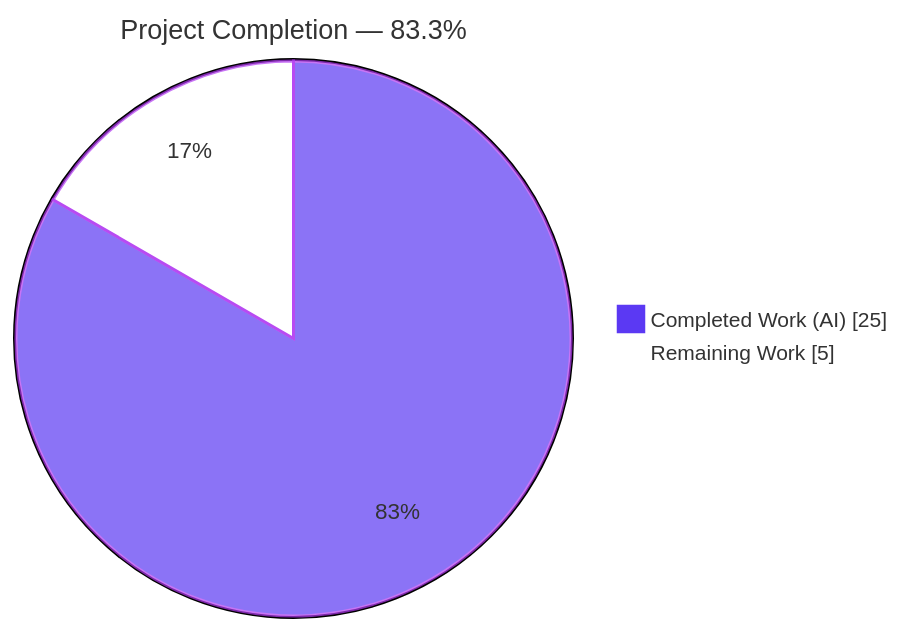
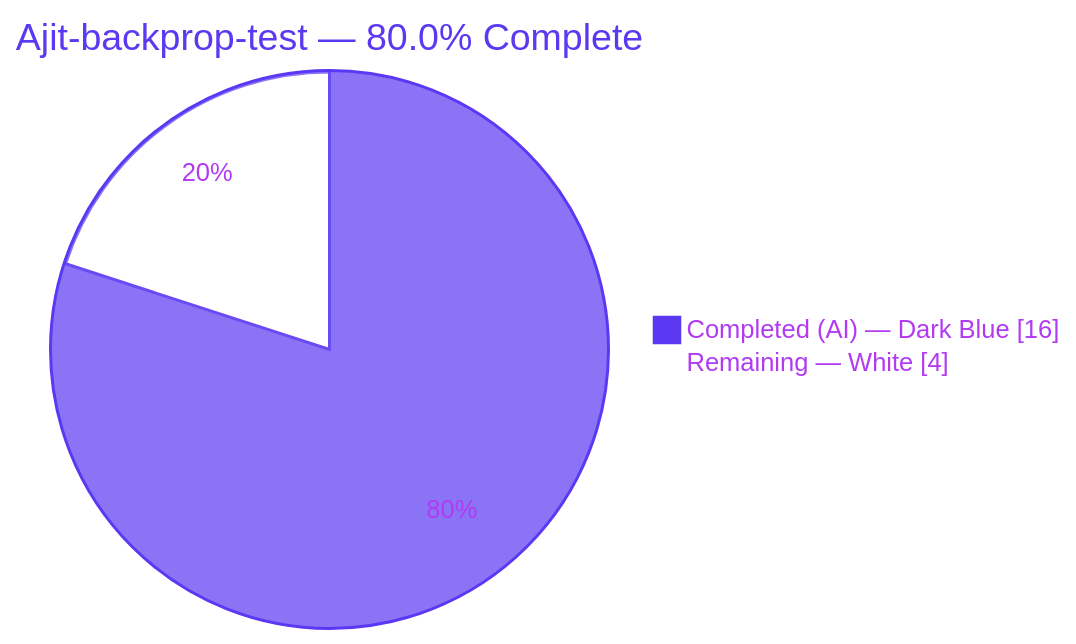
Before and after one commit to ajitblitzy/Society_mngt_300K_Nested: the first of 3 diagrams in blitzy/documentation/Project Guide.md, drawn with Mermaid. The commit also changed other lines of this file, not shown here.

Commit message:
Adding Blitzy Project Guide: Project Status and Human Tasks Remaining

````diff
--- a/blitzy/documentation/Project Guide.md
+++ b/blitzy/documentation/Project Guide.md
@@ -17,7 +15,6 @@
 ```mermaid
-%%{init: {'theme':'base', 'themeVariables': {'pie1':'#5B39F3','pie2':'#FFFFFF','pieStrokeColor':'#B23AF2','pieStrokeWidth':'2px','pieOuterStrokeWidth':'2px','pieTitleTextSize':'18px','pieSectionTextSize':'15px','pieLegendTextSize':'14px'}}}%%
-pie showData
-title Project Completion — 83.3%
-    "Completed Work (AI)" : 25
-    "Remaining Work" : 5
+%%{init: {'theme':'base','themeVariables':{'pie1':'#5B39F3','pie2':'#FFFFFF','pieStrokeColor':'#5B39F3','pieStrokeWidth':'2px','pieOuterStrokeColor':'#5B39F3','pieOuterStrokeWidth':'2px','pieSectionTextColor':'#B23AF2','pieTitleTextColor':'#5B39F3','pieLegendTextColor':'#B23AF2'}}}%%
+pie showData title Ajit-backprop-test — 80.0% Complete
+    "Completed (AI) — Dark Blue" : 16
+    "Remaining — White" : 4
 ```
````
